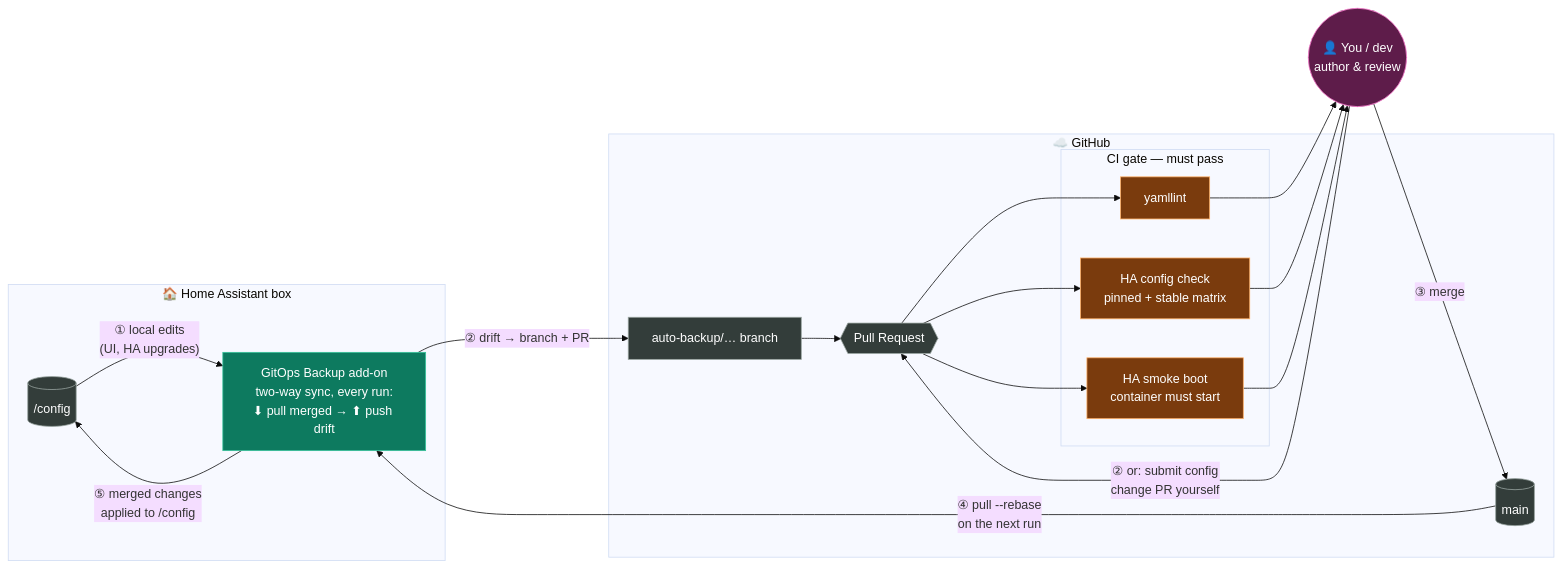
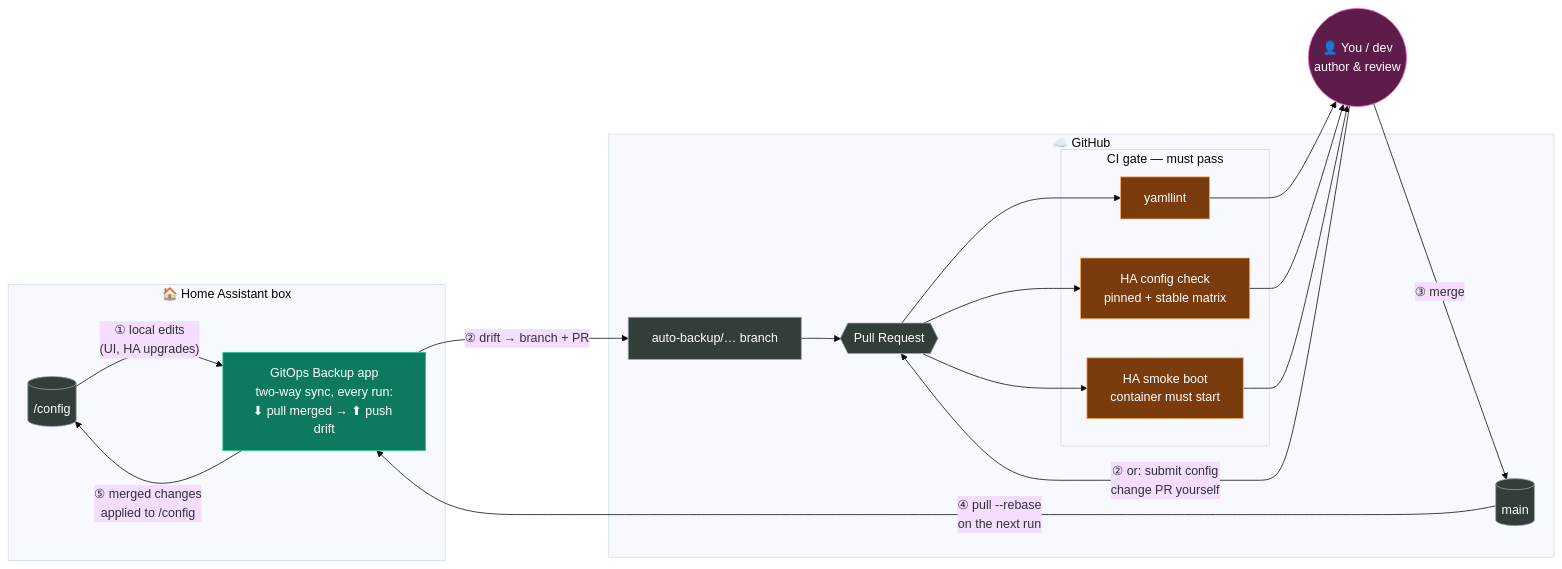
One commit to askb/ha-gitops-backup changed the diagram in README.md. Above: the diagram before and after it, drawn with Mermaid (base theme). The commit also changed other lines of this file and 6 other files, not shown here.

````diff
--- a/README.md
+++ b/README.md
@@ -29,40 +29,40 @@
 ```mermaid
 flowchart LR
     subgraph HA["🏠 Home Assistant box"]
         CFG[("/config")]
-        ADDON["GitOps Backup add-on<br/>two-way sync, every run:<br/>⬇ pull merged → ⬆ push drift"]
+        ADDON["GitOps Backup app<br/>two-way sync, every run:<br/>⬇ pull merged → ⬆ push drift"]
         CFG -- "① local edits<br/>(UI, HA upgrades)" --> ADDON
         ADDON -- "⑤ merged changes<br/>applied to /config" --> CFG
     end
 
     subgraph GH["☁️ GitHub"]
         BR["auto-backup/… branch"]
         PR{{"Pull Request"}}
         subgraph CI["CI gate — must pass"]
             LINT["yamllint"]
             CHECK["HA config check<br/>pinned + stable matrix"]
             BOOT["HA smoke boot<br/>container must start"]
         end
         MAIN[("main")]
     end
 
     YOU(("👤 You / dev<br/>author & review"))
 
     ADDON -- "② drift → branch + PR" --> BR
     BR --> PR
     YOU -- "② or: submit config<br/>change PR yourself" --> PR
     PR --> LINT & CHECK & BOOT
     LINT & CHECK & BOOT --> YOU
     YOU -- "③ merge" --> MAIN
     MAIN -- "④ pull --rebase<br/>on the next run" --> ADDON
 
     classDef box fill:#1c3a5e,stroke:#7fb3ff,color:#ffffff
     classDef addon fill:#0d7a5f,stroke:#34c39a,color:#ffffff
     classDef gate fill:#7a3b0d,stroke:#ffb066,color:#ffffff
     classDef human fill:#5e1c4a,stroke:#ff7fd4,color:#ffffff
     classDef store fill:#333d3a,stroke:#9aa5a1,color:#ffffff
     class ADDON addon
     class LINT,CHECK,BOOT gate
     class YOU human
     class CFG,MAIN,BR,PR store
 ```
````
